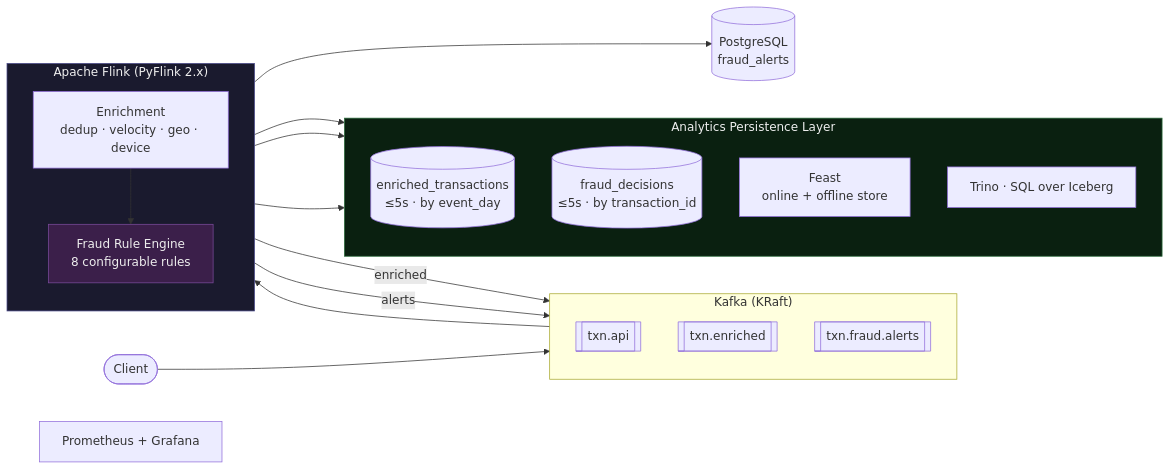
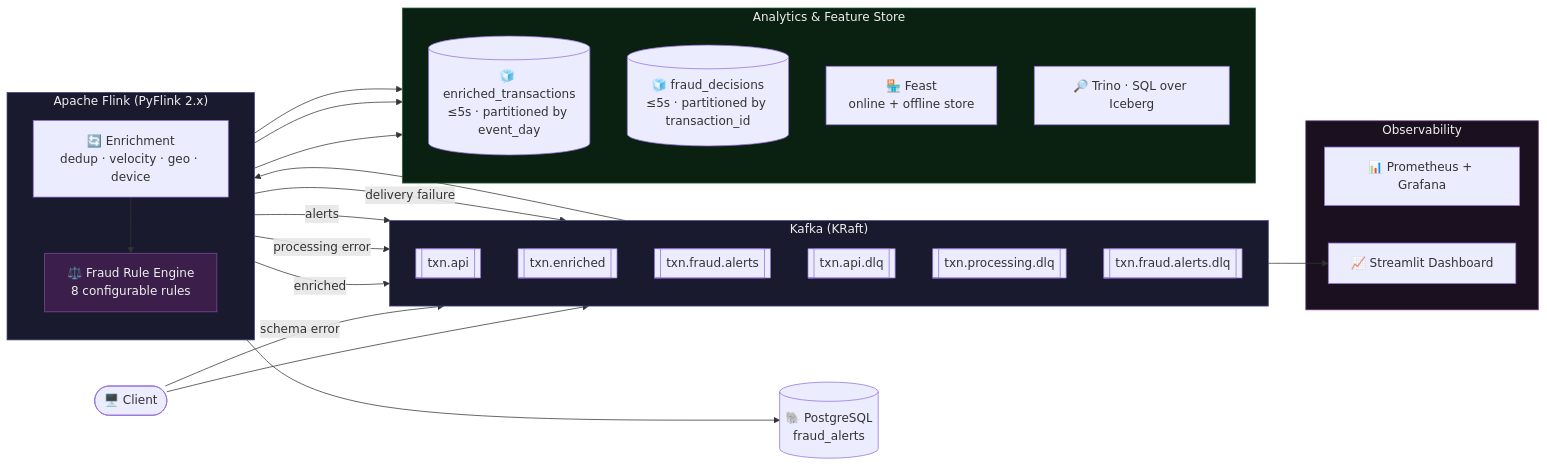
Before and after one commit to LucasMadrid/fraudstream: the first of 2 diagrams in README.md, drawn with Mermaid. The commit also changed other lines of this file, not shown here.

Commit message:
docs(readme): overhaul README with badges, diagrams, and cleaner structure

````diff
--- a/README.md
+++ b/README.md
@@ -85,42 +101,55 @@
 ```mermaid
 flowchart LR
-    Client(["Client"])
+    Client(["🖥️ Client"])
 
     subgraph Kafka["Kafka (KRaft)"]
         direction TB
         RawTopic[["txn.api"]]
         EnrichedTopic[["txn.enriched"]]
         AlertsTopic[["txn.fraud.alerts"]]
+        DLQ1[["txn.api.dlq"]]
+        DLQ2[["txn.processing.dlq"]]
+        DLQ3[["txn.fraud.alerts.dlq"]]
     end
 
     subgraph Flink["Apache Flink (PyFlink 2.x)"]
         direction TB
-        Enrichment["Enrichment\ndedup · velocity · geo · device"]
-        Scoring["Fraud Rule Engine\n8 configurable rules"]
+        Enrichment["🔄 Enrichment<br/>dedup · velocity · geo · device"]
+        Scoring["⚖️ Fraud Rule Engine<br/>8 configurable rules"]
     end
 
-    subgraph Analytics["Analytics Persistence Layer"]
+    subgraph Analytics["Analytics & Feature Store"]
         direction TB
-        IcebergEnriched[("enriched_transactions\n≤5s · by event_day")]
-        IcebergDecisions[("fraud_decisions\n≤5s · by transaction_id")]
-        Feast["Feast\nonline + offline store"]
-        Trino["Trino · SQL over Iceberg"]
+        IcebergEnriched[("🧊 enriched_transactions<br/>≤5s · partitioned by event_day")]
+        IcebergDecisions[("🧊 fraud_decisions<br/>≤5s · partitioned by transaction_id")]
+        Feast["🏪 Feast<br/>online + offline store"]
+        Trino["🔎 Trino · SQL over Iceberg"]
     end
 
-    PG[("PostgreSQL\nfraud_alerts")]
-    Grafana["Prometheus + Grafana"]
+    subgraph Observe["Observability"]
+        Grafana["📊 Prometheus + Grafana"]
+        Streamlit["📈 Streamlit Dashboard"]
+    end
+
+    PG[("🐘 PostgreSQL<br/>fraud_alerts")]
 
     Client --> RawTopic
+    Client -->|schema error| DLQ1
     RawTopic --> Enrichment
     Enrichment --> Scoring
     Enrichment -->|enriched| EnrichedTopic
+    Enrichment -->|processing error| DLQ2
     Enrichment --> IcebergEnriched
     Enrichment --> Feast
     Scoring -->|alerts| AlertsTopic
+    Scoring -->|delivery failure| DLQ3
     Scoring --> PG
     Scoring --> IcebergDecisions
+    AlertsTopic --> Streamlit
 
+    style Kafka fill:#1a1a2e,color:#eee,stroke:#4a4a8a
     style Flink fill:#1a1a2e,color:#eee,stroke:#4a4a8a
+    style Analytics fill:#0a2010,color:#eee,stroke:#2a6a3a
+    style Observe fill:#1a1020,color:#eee,stroke:#6a3a7a
     style Scoring fill:#3b1f4a,color:#eee,stroke:#7a4a9a
-    style Analytics fill:#0a2010,color:#eee,stroke:#2a6a3a
 ```
````
